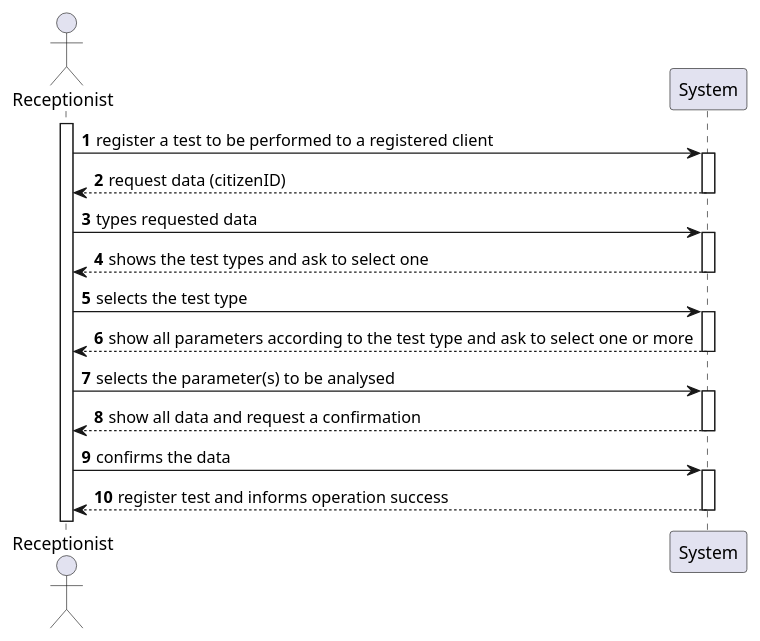
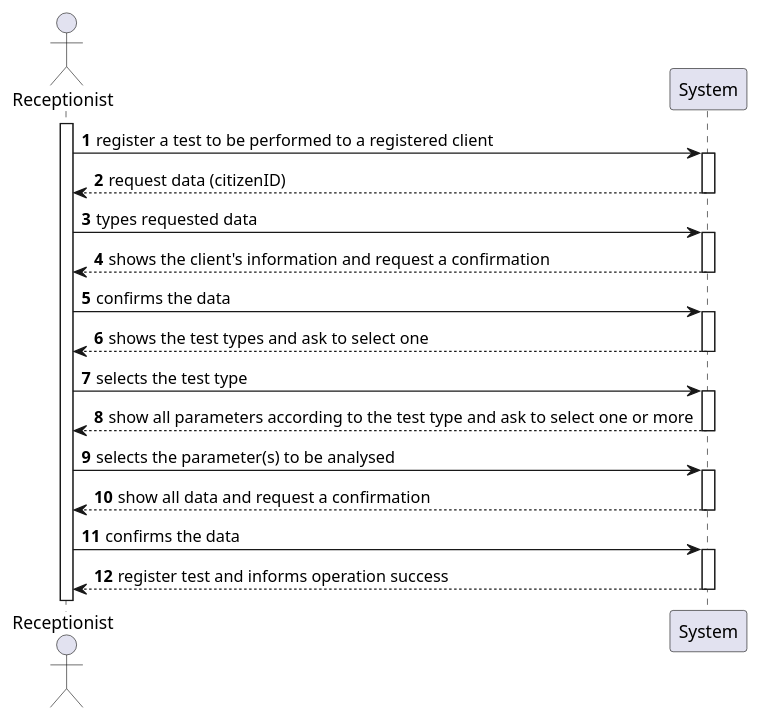
One commit to 0franciscor/lei-21-s2-1de-g19 changed the diagram in docs/SprintC/US04/US04-SSD.puml. Above: the diagram before and after it, drawn with PlantUML. The commit also changed 2 other files, not shown here.

```diff
--- a/docs/SprintC/US04/US04-SSD.puml
+++ b/docs/SprintC/US04/US04-SSD.puml
@@ -1,18 +1,20 @@
 @startuml
 'https://plantuml.com/sequence-diagram
 
 autonumber
 
 actor "Receptionist" as R
 activate R
 R -> System ++: register a test to be performed to a registered client
 System -->  R --: request data (citizenID)
 R -> System ++: types requested data
+System -->  R --: shows the client's information and request a confirmation
+R -> System ++: confirms the data
 System --> R --: shows the test types and ask to select one
 R -> System ++: selects the test type
 System --> R --: show all parameters according to the test type and ask to select one or more
 R -> System ++: selects the parameter(s) to be analysed
 System --> R --: show all data and request a confirmation
 R -> System ++: confirms the data
 System --> R --: register test and informs operation success
 @enduml
```
